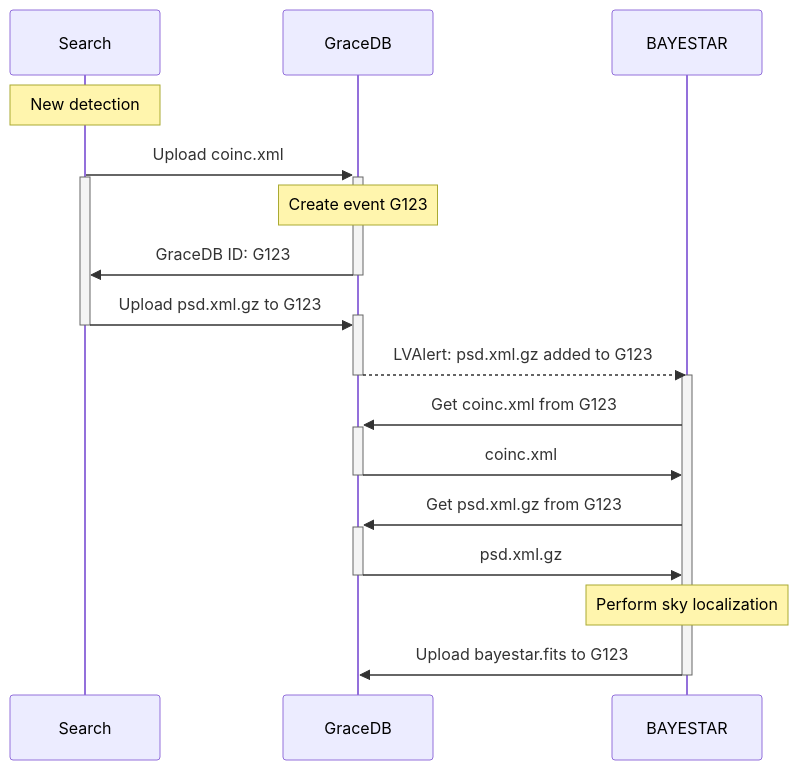
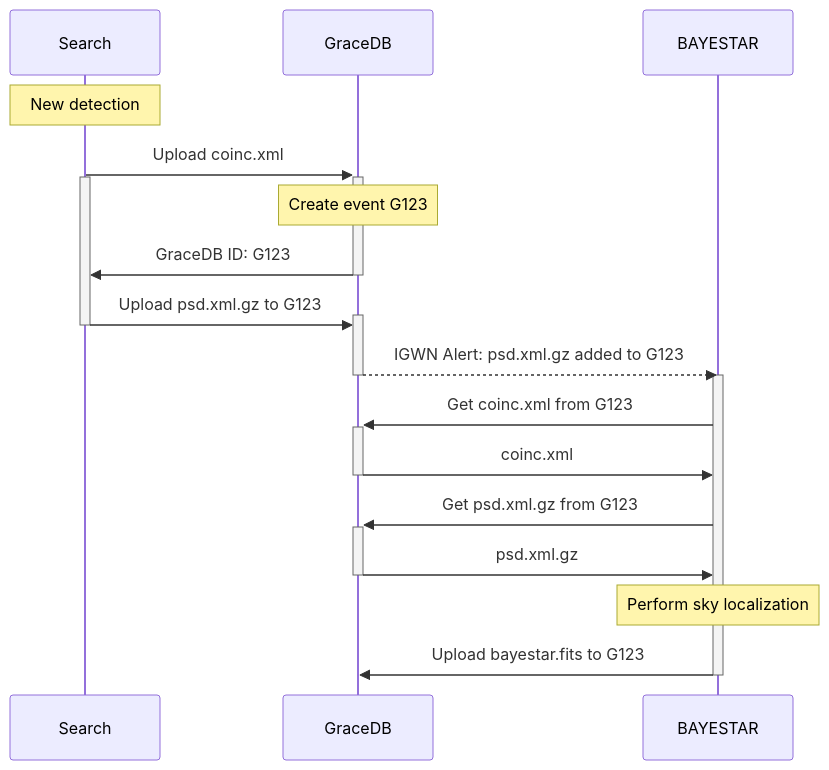
Before and after one commit to lpsinger/ligo.skymap: the second of 2 diagrams in docs/interface.rst, drawn with Mermaid. The commit also changed other lines of this file and 1 other file, not shown here.

First line of the commit message:
Documentation should refer to IGWN Alert, not LVAlert

```diff
--- a/docs/interface.rst
+++ b/docs/interface.rst
@@ -58,20 +58,20 @@
 .. mermaid::
 
     sequenceDiagram
     
         note over Search: New detection
         Search ->>+ GraceDB: Upload coinc.xml
         activate Search
         note over GraceDB: Create event G123
         GraceDB ->>- Search: GraceDB ID: G123
         Search ->>+ GraceDB: Upload psd.xml.gz to G123
         deactivate Search
-        GraceDB -->>- BAYESTAR: LVAlert: psd.xml.gz added to G123
+        GraceDB -->>- BAYESTAR: IGWN Alert: psd.xml.gz added to G123
         activate BAYESTAR
         BAYESTAR ->>+ GraceDB: Get coinc.xml from G123
         GraceDB ->>- BAYESTAR: coinc.xml
         BAYESTAR ->>+ GraceDB: Get psd.xml.gz from G123
         GraceDB ->>- BAYESTAR: psd.xml.gz
         note over BAYESTAR: Perform sky localization
         BAYESTAR ->> GraceDB: Upload bayestar.fits to G123
         deactivate BAYESTAR
```
